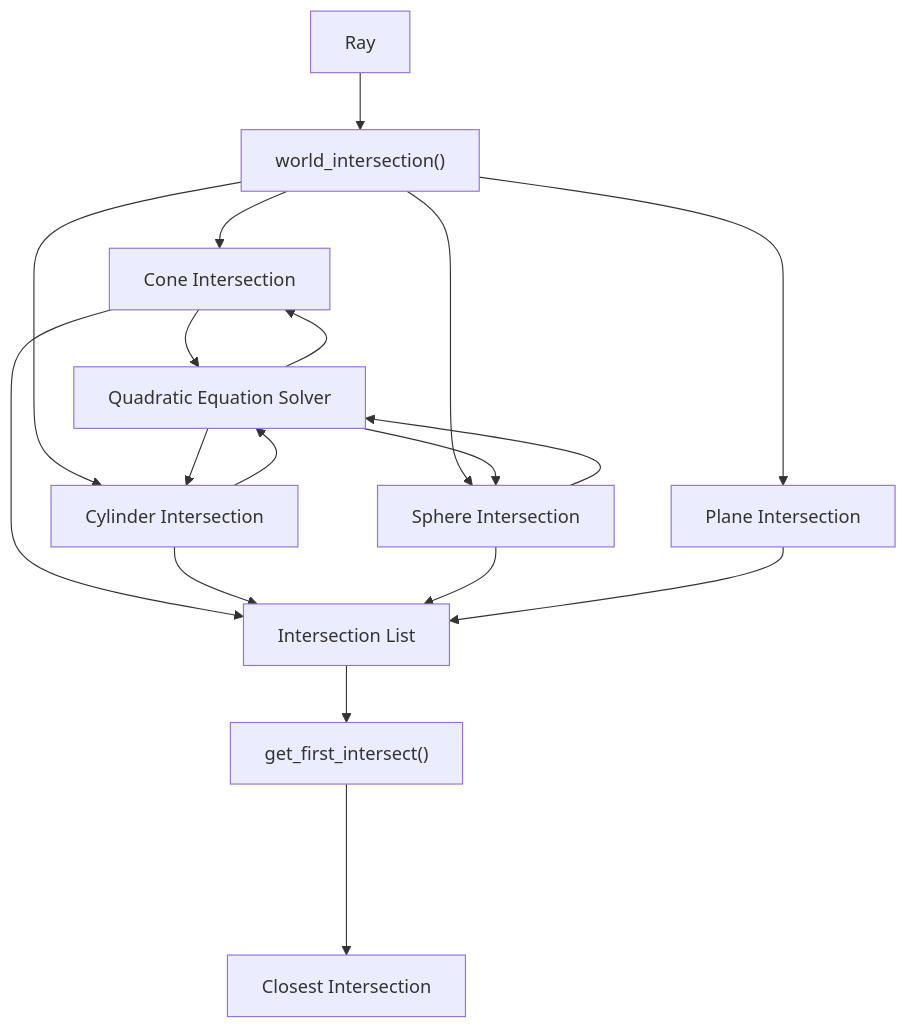
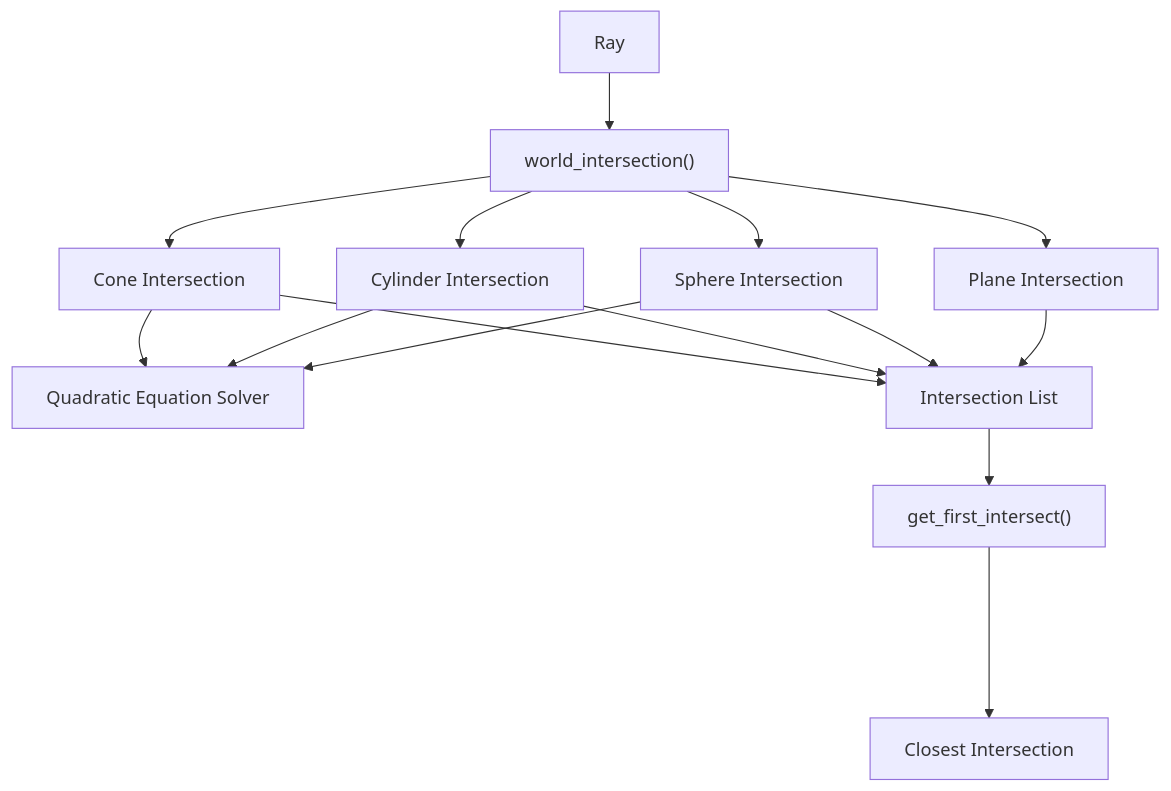
Before and after one commit to moh3333/minirt: the third of 3 diagrams in README.md, drawn with Mermaid. The commit also changed other lines of this file, not shown here.

````diff
--- a/README.md
+++ b/README.md
@@ -110,24 +110,21 @@
 ```mermaid
 
 flowchart TD
     A["Ray"] --> B["world_intersection()"]
     B --> C["Cone Intersection"]
     B --> D["Cylinder Intersection"]
     B --> E["Sphere Intersection"]
     B --> F["Plane Intersection"]
 
     C --> J["Quadratic Equation Solver"]
     D --> J
     E --> J
-    J --> C
-    J --> D
-    J --> E
 
     C --> H[Intersection List]
     D --> H
     E --> H
     F --> H
 
     H --> L["get_first_intersect()"]
     L ----> S[Closest Intersection]
 ```
````
